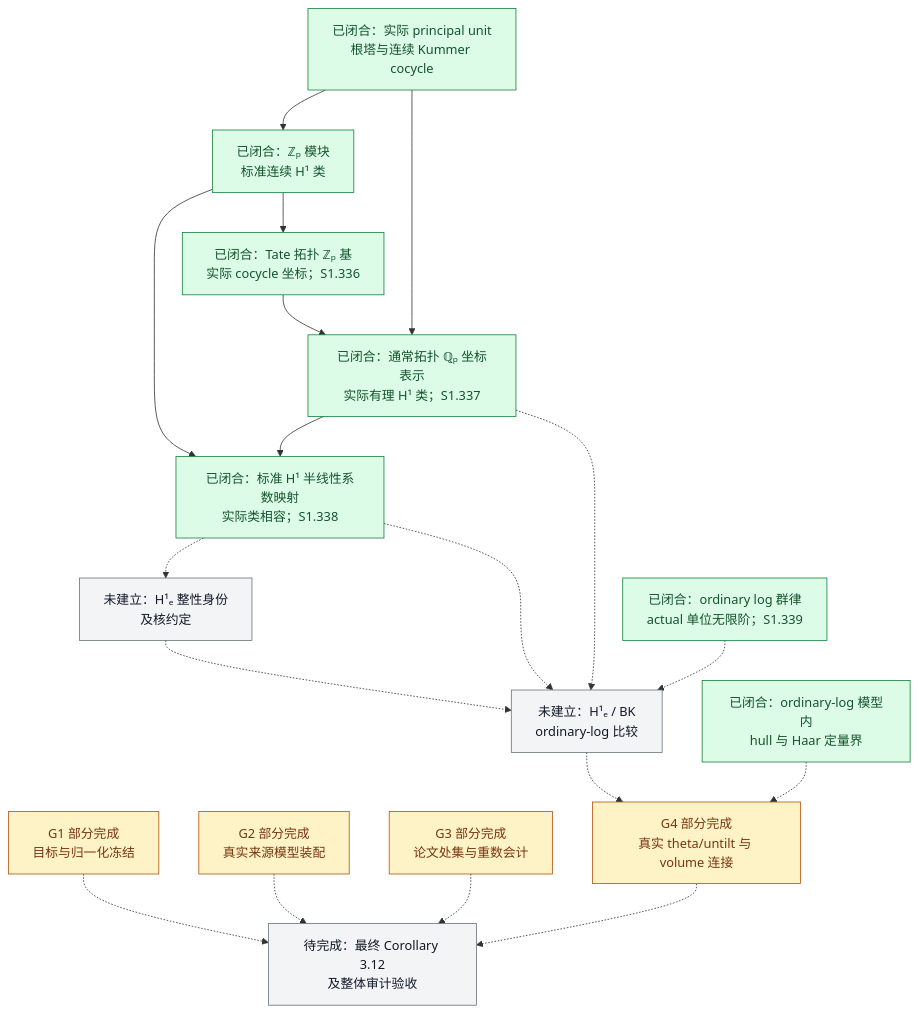
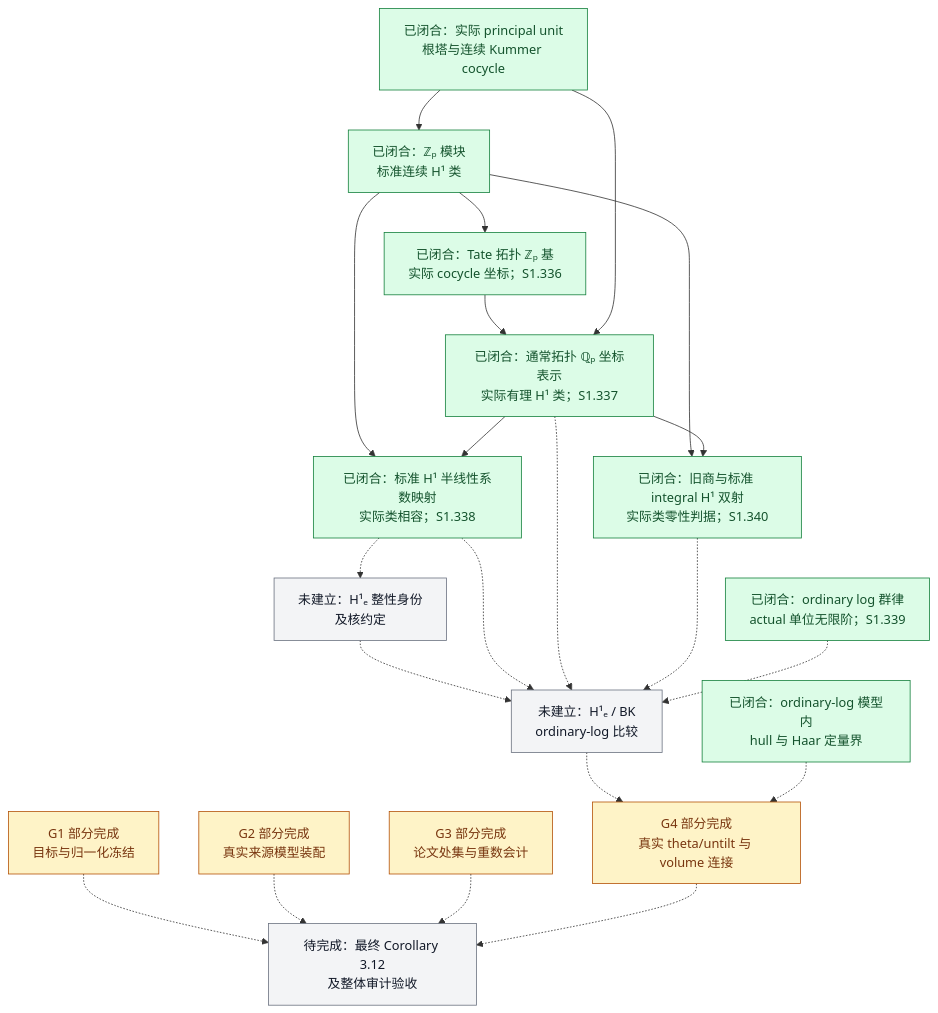
One commit to Ember-Institute/KirtiJoshi-abc changed the diagram in docs/Scene1进度总览.md. Above: the diagram before and after it, drawn with Mermaid. The commit also changed other lines of this file and 10 other files, not shown here.

````diff
--- a/docs/Scene1进度总览.md
+++ b/docs/Scene1进度总览.md
@@ -75,42 +75,46 @@
 ```mermaid
 flowchart TD
     K["已闭合：实际 principal unit<br/>根塔与连续 Kummer cocycle"]
     Z["已闭合：ℤₚ 模块<br/>标准连续 H¹ 类"]
     T["已闭合：Tate 拓扑 ℤₚ 基<br/>实际 cocycle 坐标；S1.336"]
     Q["已闭合：通常拓扑 ℚₚ 坐标表示<br/>实际有理 H¹ 类；S1.337"]
     I["已闭合：标准 H¹ 半线性系数映射<br/>实际类相容；S1.338"]
     J["未建立：H¹ₑ 整性身份<br/>及核约定"]
+    C0["已闭合：旧商与标准 integral H¹ 双射<br/>实际类零性判据；S1.340"]
     B["未建立：H¹ₑ / BK<br/>ordinary-log 比较"]
     H["已闭合：ordinary-log 模型内<br/>hull 与 Haar 定量界"]
     L["已闭合：ordinary log 群律<br/>actual 单位无限阶；S1.339"]
     V["G4 部分完成<br/>真实 theta/untilt 与 volume 连接"]
     G1["G1 部分完成<br/>目标与归一化冻结"]
     G2["G2 部分完成<br/>真实来源模型装配"]
     G3["G3 部分完成<br/>论文处集与重数会计"]
     C["待完成：最终 Corollary 3.12<br/>及整体审计验收"]
 
     K --> Z
     Z --> T
     T --> Q
     K --> Q
     Z --> I
     Q --> I
     I -.-> J
     J -.-> B
     I -.-> B
     Q -.-> B
+    Z --> C0
+    Q --> C0
+    C0 -.-> B
     L -.-> B
     B -.-> V
     H -.-> V
     G1 -.-> C
     G2 -.-> C
     G3 -.-> C
     V -.-> C
 
     classDef done fill:#dcfce7,stroke:#15803d,color:#14532d;
     classDef partial fill:#fef3c7,stroke:#b45309,color:#78350f;
     classDef open fill:#f3f4f6,stroke:#6b7280,color:#111827;
-    class K,Z,T,Q,H,I,L done;
+    class K,Z,T,Q,H,I,L,C0 done;
     class G1,G2,G3,V partial;
     class J,B,C open;
 ```
````
